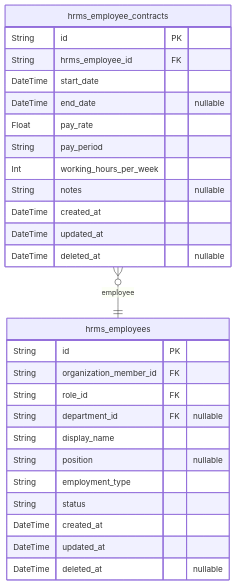
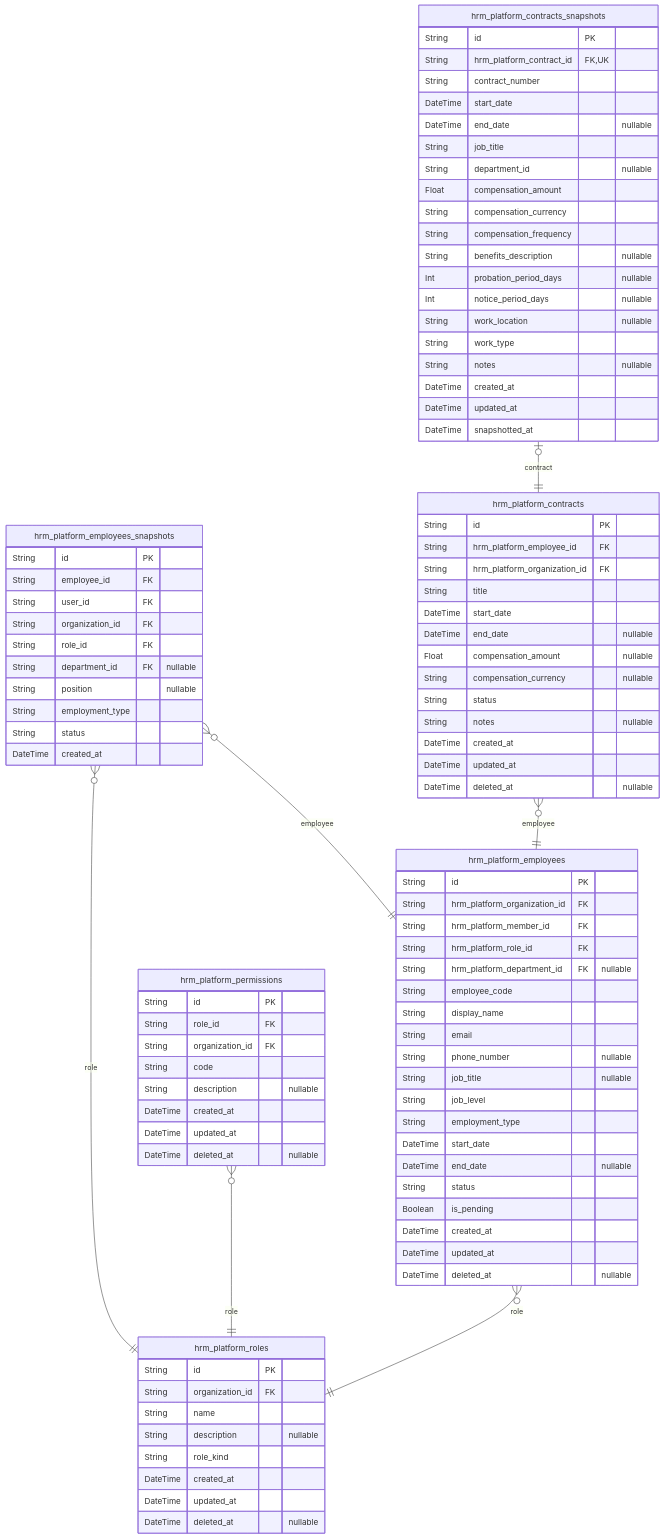
The third of 8 diagrams in qwen/qwen3.5-35b-a3b/erp/docs/ERD.md (wrtnlabs/autobe-examples), drawn with Mermaid before and after one commit. The commit also changed other lines of this file and 32093 other files, not shown here.

````diff
--- a/qwen/qwen3.5-35b-a3b/erp/docs/ERD.md
+++ b/qwen/qwen3.5-35b-a3b/erp/docs/ERD.md
@@ -584,30 +810,98 @@
 ```mermaid
 erDiagram
-"hrms_employees" {
+"hrm_platform_employees" {
   String id PK
-  String organization_member_id FK
+  String hrm_platform_organization_id FK
+  String hrm_platform_member_id FK
+  String hrm_platform_role_id FK
+  String hrm_platform_department_id FK "nullable"
+  String employee_code
+  String display_name
+  String email
+  String phone_number "nullable"
+  String job_title "nullable"
+  String job_level
+  String employment_type
+  DateTime start_date
+  DateTime end_date "nullable"
+  String status
+  Boolean is_pending
+  DateTime created_at
+  DateTime updated_at
+  DateTime deleted_at "nullable"
+}
+"hrm_platform_employees_snapshots" {
+  String id PK
+  String employee_id FK
+  String user_id FK
+  String organization_id FK
   String role_id FK
   String department_id FK "nullable"
-  String display_name
   String position "nullable"
   String employment_type
   String status
   DateTime created_at
-  DateTime updated_at
-  DateTime deleted_at "nullable"
 }
-"hrms_employee_contracts" {
+"hrm_platform_contracts" {
   String id PK
-  String hrms_employee_id FK
+  String hrm_platform_employee_id FK
+  String hrm_platform_organization_id FK
+  String title
   DateTime start_date
   DateTime end_date "nullable"
-  Float pay_rate
-  String pay_period
-  Int working_hours_per_week
+  Float compensation_amount "nullable"
+  String compensation_currency "nullable"
+  String status
   String notes "nullable"
   DateTime created_at
   DateTime updated_at
   DateTime deleted_at "nullable"
 }
-"hrms_employee_contracts" }o--|| "hrms_employees" : employee
+"hrm_platform_contracts_snapshots" {
+  String id PK
+  String hrm_platform_contract_id FK,UK
+  String contract_number
+  DateTime start_date
+  DateTime end_date "nullable"
+  String job_title
+  String department_id "nullable"
+  Float compensation_amount
+  String compensation_currency
+  String compensation_frequency
+  String benefits_description "nullable"
+  Int probation_period_days "nullable"
+  Int notice_period_days "nullable"
+  String work_location "nullable"
+  String work_type
+  String notes "nullable"
+  DateTime created_at
+  DateTime updated_at
+  DateTime snapshotted_at
+}
+"hrm_platform_roles" {
+  String id PK
+  String organization_id FK
+  String name
+  String description "nullable"
+  String role_kind
+  DateTime created_at
+  DateTime updated_at
+  DateTime deleted_at "nullable"
+}
+"hrm_platform_permissions" {
+  String id PK
+  String role_id FK
+  String organization_id FK
+  String code
+  String description "nullable"
+  DateTime created_at
+  DateTime updated_at
+  DateTime deleted_at "nullable"
+}
+"hrm_platform_employees" }o--|| "hrm_platform_roles" : role
+"hrm_platform_employees_snapshots" }o--|| "hrm_platform_employees" : employee
+"hrm_platform_employees_snapshots" }o--|| "hrm_platform_roles" : role
+"hrm_platform_contracts" }o--|| "hrm_platform_employees" : employee
+"hrm_platform_contracts_snapshots" |o--|| "hrm_platform_contracts" : contract
+"hrm_platform_permissions" }o--|| "hrm_platform_roles" : role
 ```
````
